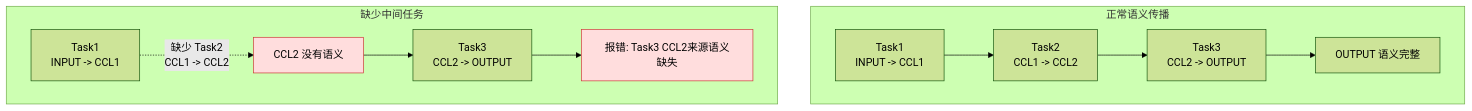
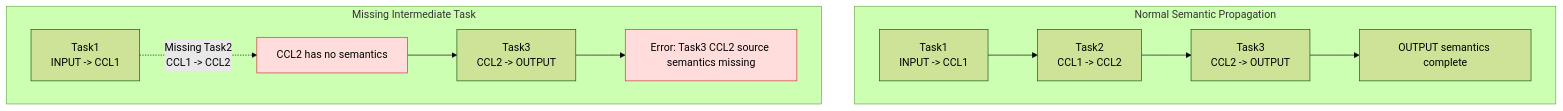
Before and after one commit to Atlas-Ascend-Fork/hcomm: the first of 2 diagrams in test/hccl_vm/docs/faq/modules/checker_faq_en.md, drawn with Mermaid (forest theme). The commit also changed other lines of this file and 73 other files, not shown here.

````diff
--- a/test/hccl_vm/docs/faq/modules/checker_faq_en.md
+++ b/test/hccl_vm/docs/faq/modules/checker_faq_en.md
@@ -575,17 +575,17 @@
 ```mermaid
 flowchart TB
-    subgraph NORMAL["正常语义传播"]
+    subgraph NORMAL["Normal Semantic Propagation"]
         N1["Task1\nINPUT -> CCL1"] --> N2["Task2\nCCL1 -> CCL2"]
         N2 --> N3["Task3\nCCL2 -> OUTPUT"]
-        N3 --> N4["OUTPUT 语义完整"]
+        N3 --> N4["OUTPUT semantics complete"]
     end
 
-    subgraph ABNORMAL["缺少中间任务"]
-        A1["Task1\nINPUT -> CCL1"] -.->|"缺少 Task2\nCCL1 -> CCL2"| A2["CCL2 没有语义"]
+    subgraph ABNORMAL["Missing Intermediate Task"]
+        A1["Task1\nINPUT -> CCL1"] -.->|"Missing Task2\nCCL1 -> CCL2"| A2["CCL2 has no semantics"]
         A2 --> A3["Task3\nCCL2 -> OUTPUT"]
-        A3 --> A4["报错: Task3 CCL2来源语义缺失"]
+        A3 --> A4["Error: Task3 CCL2 source semantics missing"]
     end
 
     style A2 fill:#fdd,stroke:#c33
     style A4 fill:#fdd,stroke:#c33
 ```
````
